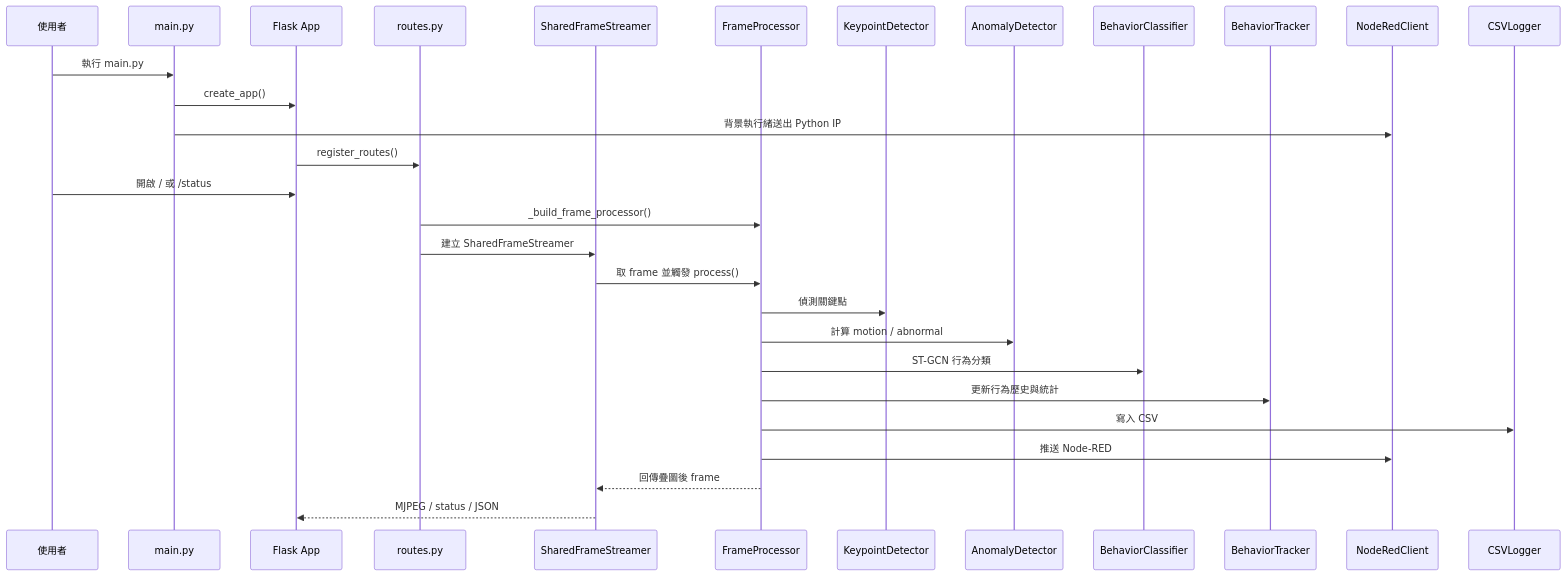
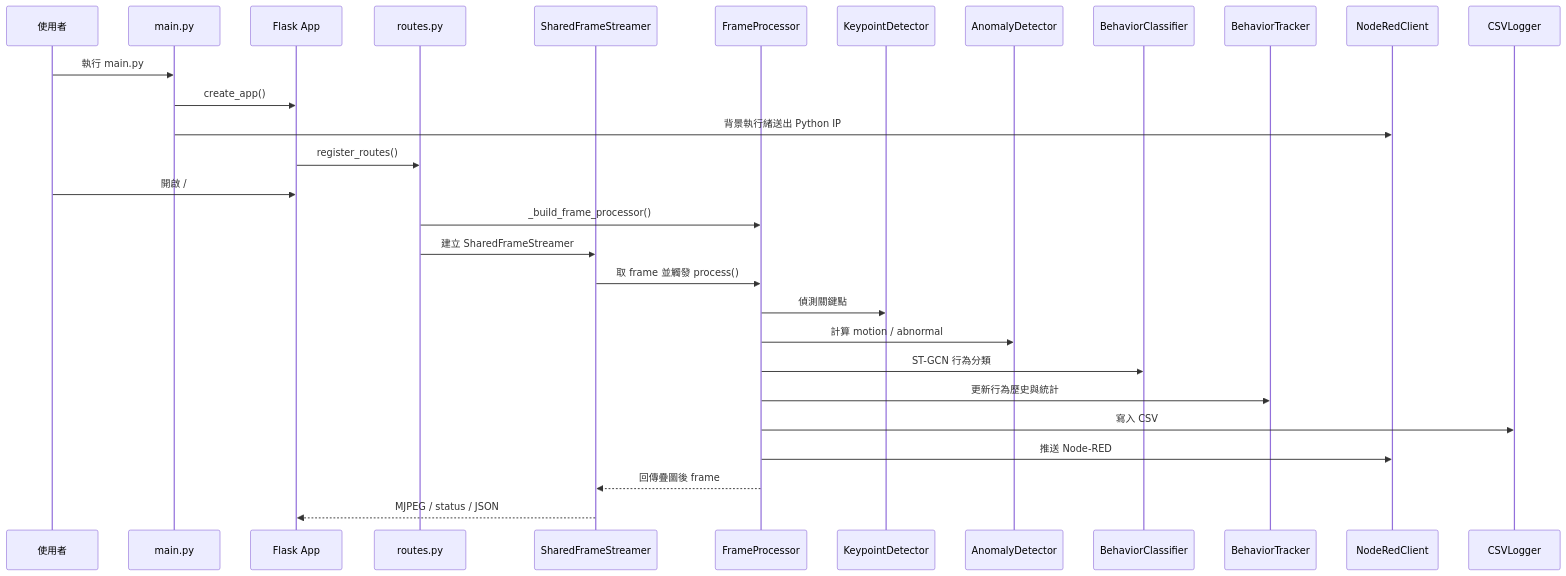
The second of 2 diagrams in paper/先不管.md (reqw123/ai_project), drawn with Mermaid before and after one commit. The commit also changed other lines of this file and 420 other files, not shown here.

````diff
--- a/paper/先不管.md
+++ b/paper/先不管.md
@@ -167,32 +166,32 @@
 ```mermaid
 sequenceDiagram
     participant U as 使用者
     participant M as main.py
     participant A as Flask App
     participant R as routes.py
     participant S as SharedFrameStreamer
     participant P as FrameProcessor
     participant K as KeypointDetector
     participant D as AnomalyDetector
     participant C as BehaviorClassifier
     participant T as BehaviorTracker
     participant N as NodeRedClient
     participant L as CSVLogger
 
     U->>M: 執行 main.py
     M->>A: create_app()
     M->>N: 背景執行緒送出 Python IP
     A->>R: register_routes()
-    U->>A: 開啟 / 或 /status
+    U->>A: 開啟 /
     R->>P: _build_frame_processor()
     R->>S: 建立 SharedFrameStreamer
     S->>P: 取 frame 並觸發 process()
     P->>K: 偵測關鍵點
     P->>D: 計算 motion / abnormal
     P->>C: ST-GCN 行為分類
     P->>T: 更新行為歷史與統計
     P->>L: 寫入 CSV
     P->>N: 推送 Node-RED
     P-->>S: 回傳疊圖後 frame
     S-->>A: MJPEG / status / JSON
 ```
````
